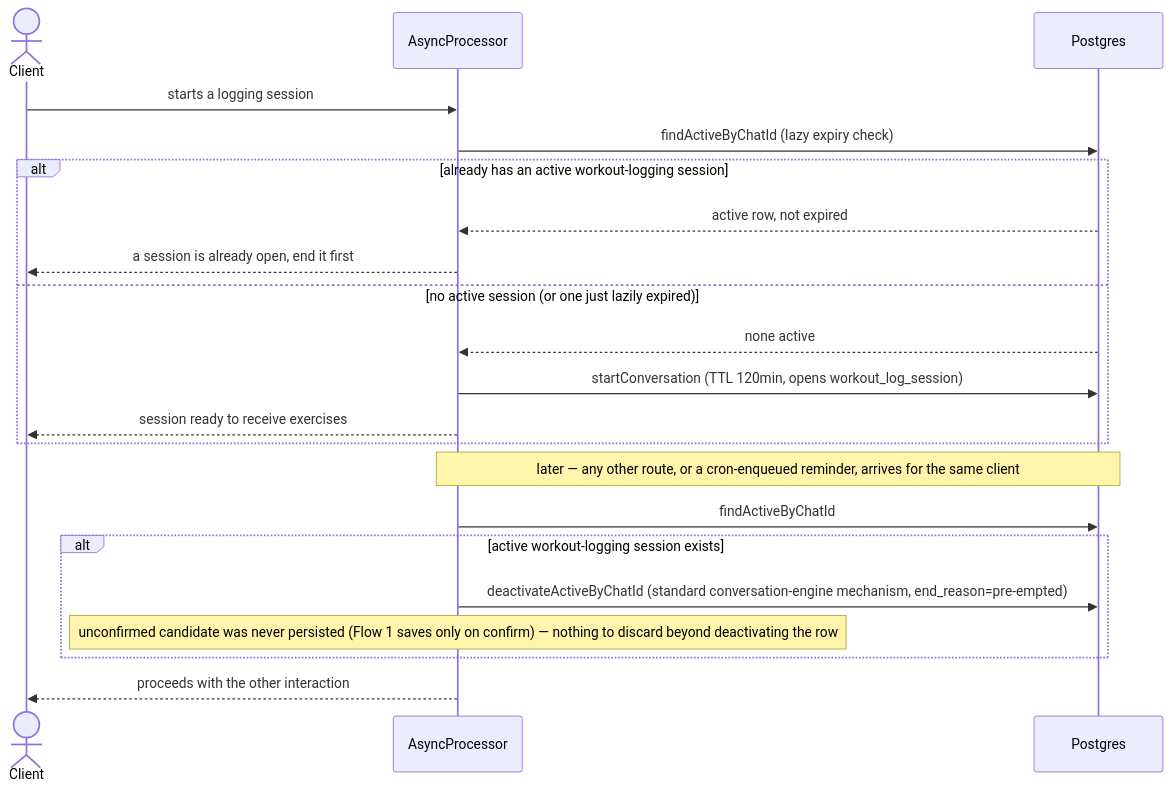
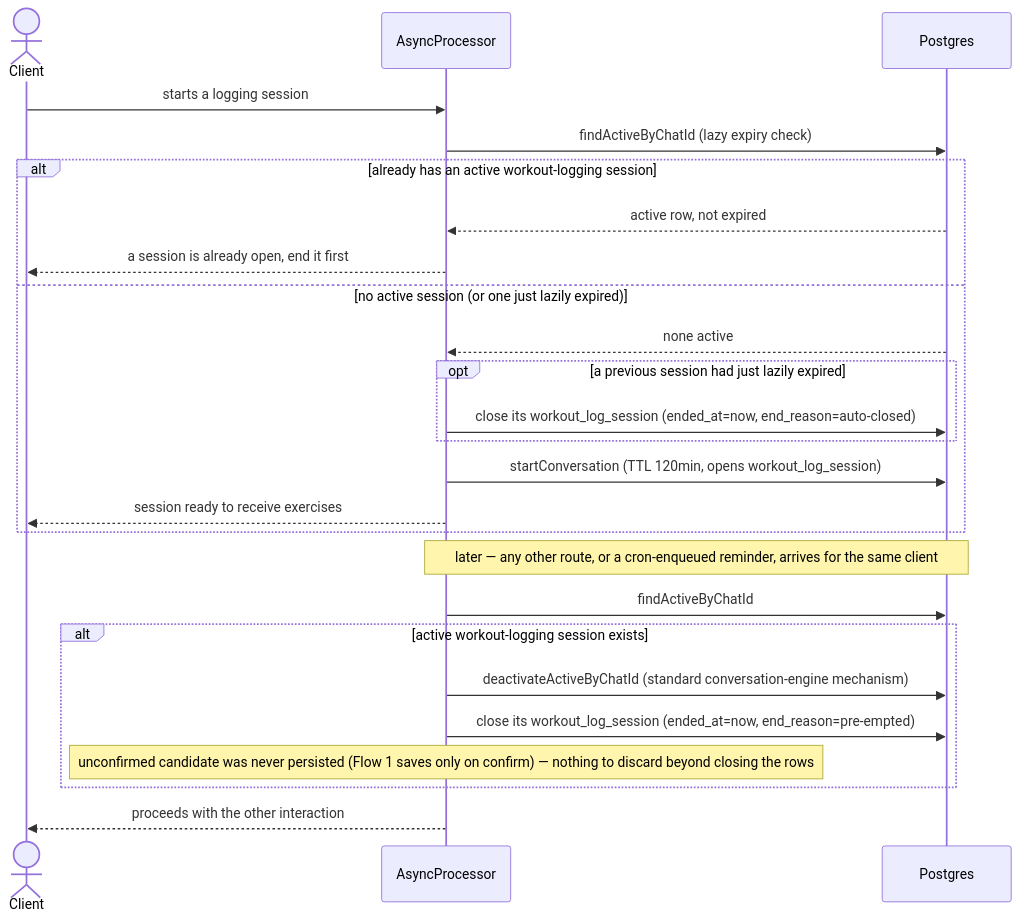
Before and after one commit to v-kyrychenko/ka4-today-bot: the fourth of 4 diagrams in docs/features/workout-logging/sad.md, drawn with Mermaid. The commit also changed other lines of this file and 2 other files, not shown here.

Commit message:
design: workout-logging finalization (critic pass — 7 findings resolved)

````diff
--- a/docs/features/workout-logging/sad.md
+++ b/docs/features/workout-logging/sad.md
@@ -191,23 +191,27 @@
 ```mermaid
 sequenceDiagram
     actor Client
     participant AsyncProcessor
     participant Postgres
     Client->>AsyncProcessor: starts a logging session
     AsyncProcessor->>Postgres: findActiveByChatId (lazy expiry check)
     alt already has an active workout-logging session
         Postgres-->>AsyncProcessor: active row, not expired
         AsyncProcessor-->>Client: a session is already open, end it first
     else no active session (or one just lazily expired)
         Postgres-->>AsyncProcessor: none active
+        opt a previous session had just lazily expired
+            AsyncProcessor->>Postgres: close its workout_log_session (ended_at=now, end_reason=auto-closed)
+        end
         AsyncProcessor->>Postgres: startConversation (TTL 120min, opens workout_log_session)
         AsyncProcessor-->>Client: session ready to receive exercises
     end
     Note over AsyncProcessor,Postgres: later — any other route, or a cron-enqueued reminder, arrives for the same client
     AsyncProcessor->>Postgres: findActiveByChatId
     alt active workout-logging session exists
-        AsyncProcessor->>Postgres: deactivateActiveByChatId (standard conversation-engine mechanism, end_reason=pre-empted)
-        Note over AsyncProcessor: unconfirmed candidate was never persisted (Flow 1 saves only on confirm) — nothing to discard beyond deactivating the row
+        AsyncProcessor->>Postgres: deactivateActiveByChatId (standard conversation-engine mechanism)
+        AsyncProcessor->>Postgres: close its workout_log_session (ended_at=now, end_reason=pre-empted)
+        Note over AsyncProcessor: unconfirmed candidate was never persisted (Flow 1 saves only on confirm) — nothing to discard beyond closing the rows
     end
     AsyncProcessor-->>Client: proceeds with the other interaction
 ```
````
